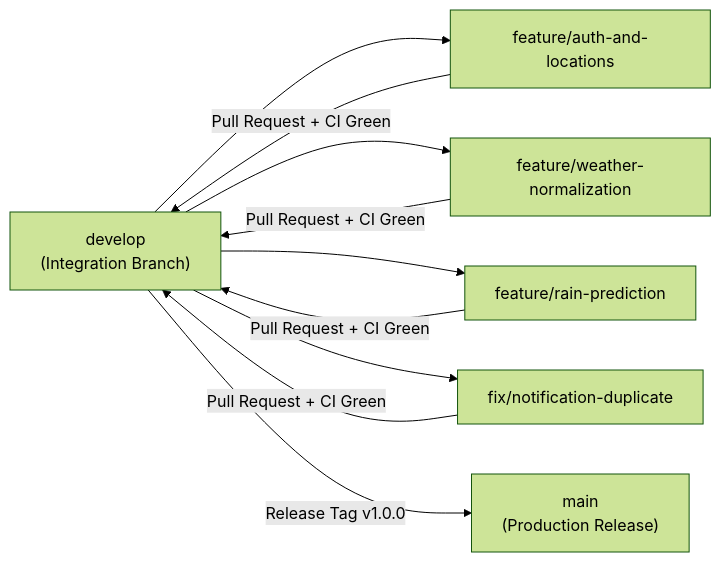
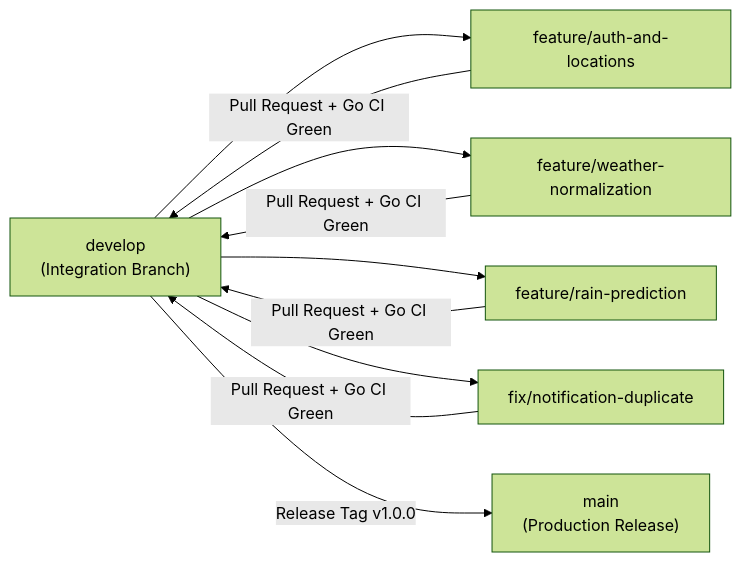
One commit to afrizadwi21/weatherly changed the diagram in docs/deployment/DEVELOPMENT_WORKFLOW.md. Above: the diagram before and after it, drawn with Mermaid (forest theme). The commit also changed other lines of this file and 3 other files, not shown here.

Commit message:
refactor(arch): migrate backend architecture and CI workflows to Golang

````diff
--- a/docs/deployment/DEVELOPMENT_WORKFLOW.md
+++ b/docs/deployment/DEVELOPMENT_WORKFLOW.md
@@ -22,15 +22,15 @@
 ```mermaid
 flowchart LR
     Main["main\n(Production Release)"]
     Dev["develop\n(Integration Branch)"]
     Feat1["feature/auth-and-locations"]
     Feat2["feature/weather-normalization"]
     Feat3["feature/rain-prediction"]
     Fix1["fix/notification-duplicate"]
 
     Dev --> Feat1 & Feat2 & Feat3
-    Feat1 & Feat2 & Feat3 -->|Pull Request + CI Green| Dev
+    Feat1 & Feat2 & Feat3 -->|Pull Request + Go CI Green| Dev
     Dev --> Fix1
-    Fix1 -->|Pull Request + CI Green| Dev
+    Fix1 -->|Pull Request + Go CI Green| Dev
     Dev -->|Release Tag v1.0.0| Main
 ```
````
